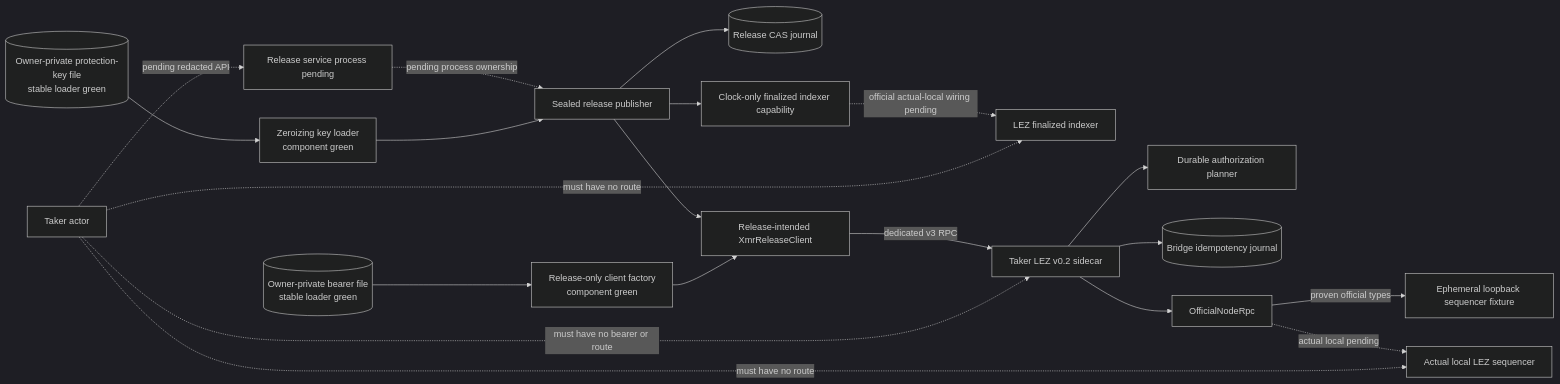
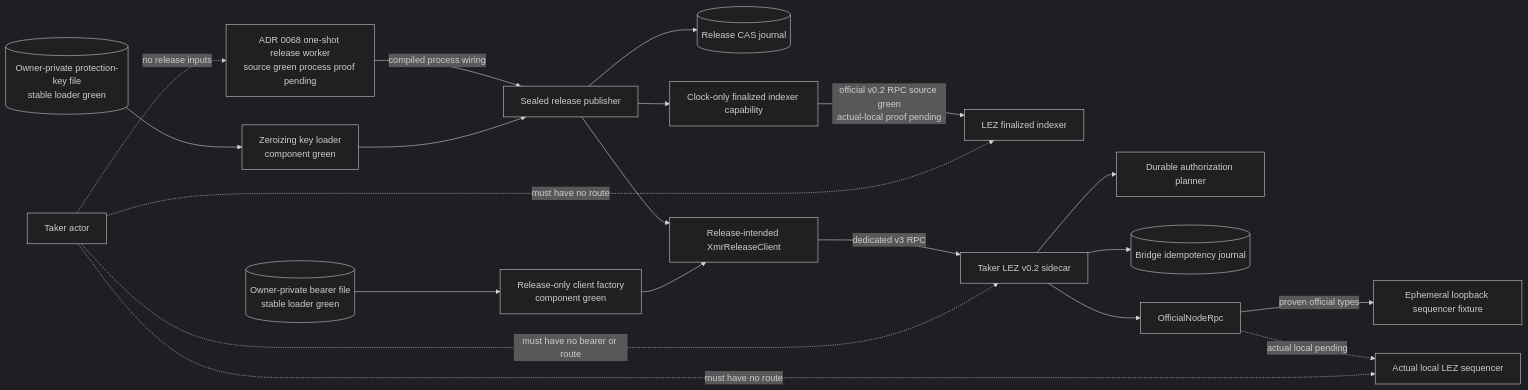
One commit to gateway-fm/lez-atomic-swaps changed the first of 2 diagrams in docs/architecture/0067-submit-xmr-authorization-through-dedicated-route.md. Above: the diagram before and after it, drawn with Mermaid (dark theme). The commit also changed other lines of this file and 17 other files, not shown here.

Commit message:
feat(m4): isolate one-shot release worker

````diff
--- a/docs/architecture/0067-submit-xmr-authorization-through-dedicated-route.md
+++ b/docs/architecture/0067-submit-xmr-authorization-through-dedicated-route.md
@@ -66,22 +66,22 @@
 ```mermaid
 flowchart LR
-    Actor["Taker actor"] -.->|"pending redacted API"| Service["Release service process pending"]
-    Service -.->|"pending process ownership"| Authority["Sealed release publisher"]
+    Actor["Taker actor"] -.->|"no release inputs"| Service["ADR 0068 one-shot release worker<br/>source green process proof pending"]
+    Service -->|"compiled process wiring"| Authority["Sealed release publisher"]
     Authority --> ReleaseJournal[("Release CAS journal")]
     Authority --> Clock["Clock-only finalized indexer capability"]
     Authority --> Client["Release-intended XmrReleaseClient"]
     BearerFile[("Owner-private bearer file<br/>stable loader green")] --> ReleaseFactory["Release-only client factory<br/>component green"]
     ReleaseFactory --> Client
     KeyFile[("Owner-private protection-key file<br/>stable loader green")] --> KeyLoader["Zeroizing key loader<br/>component green"]
     KeyLoader --> Authority
-    Clock -.->|"official actual-local wiring pending"| Indexer["LEZ finalized indexer"]
+    Clock -->|"official v0.2 RPC source green<br/>actual-local proof pending"| Indexer["LEZ finalized indexer"]
     Client -->|"dedicated v3 RPC"| Sidecar["Taker LEZ v0.2 sidecar"]
     Sidecar --> Planner["Durable authorization planner"]
     Sidecar --> BridgeJournal[("Bridge idempotency journal")]
     Sidecar --> NodeRpc["OfficialNodeRpc"]
     NodeRpc -->|"proven official types"| Fixture["Ephemeral loopback sequencer fixture"]
     NodeRpc -.->|"actual local pending"| Sequencer["Actual local LEZ sequencer"]
     Actor -.->|"must have no bearer or route"| Sidecar
     Actor -.->|"must have no route"| Indexer
     Actor -.->|"must have no route"| Sequencer
 ```
````
